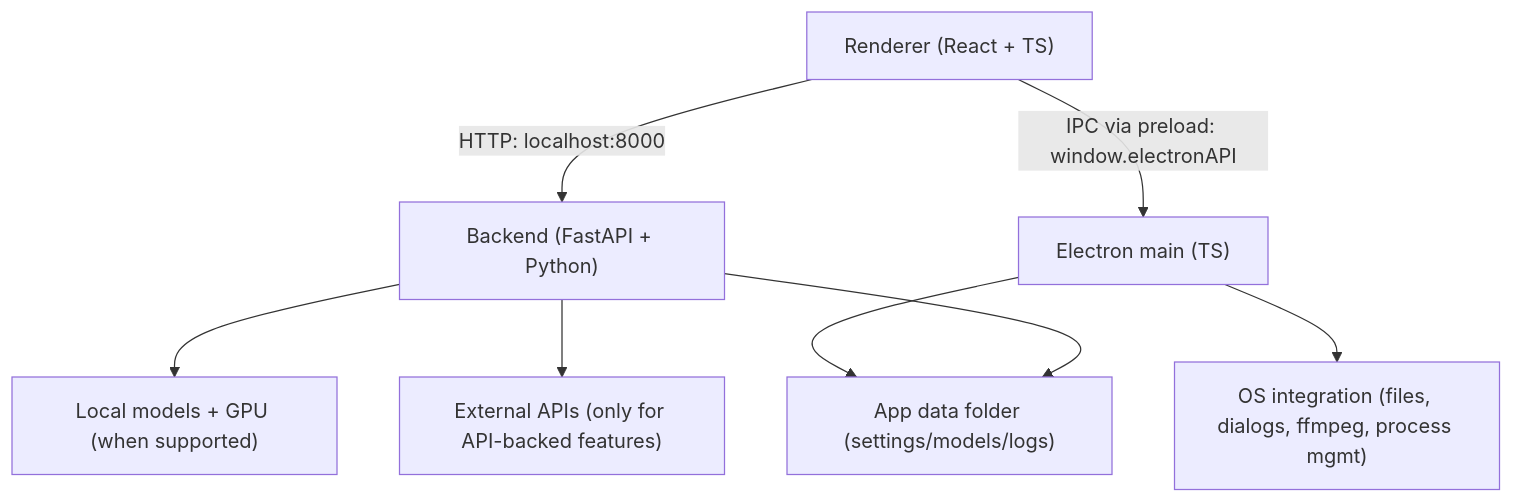
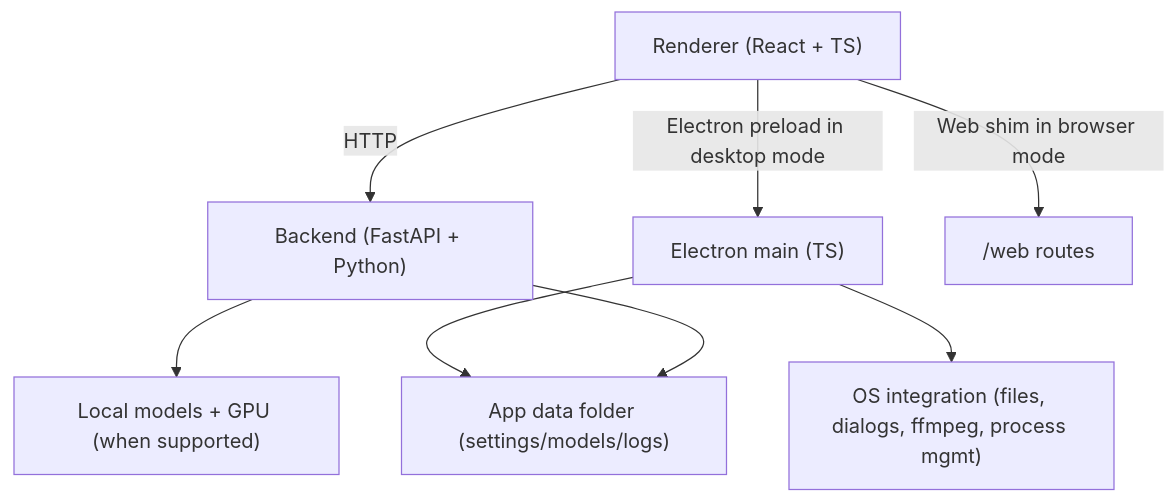
The diagram in README.md (MandarGogate/LTX-Desktop-Linux), drawn with Mermaid before and after one commit. The commit also changed other lines of this file and 35 other files, not shown here.

````diff
--- a/README.md
+++ b/README.md
@@ -127,10 +229,10 @@
 ```mermaid
 graph TD
-  UI["Renderer (React + TS)"] -->|HTTP: localhost:8000| BE["Backend (FastAPI + Python)"]
-  UI -->|IPC via preload: window.electronAPI| EL["Electron main (TS)"]
+  UI["Renderer (React + TS)"] -->|HTTP| BE["Backend (FastAPI + Python)"]
+  UI -->|Electron preload in desktop mode| EL["Electron main (TS)"]
+  UI -->|Web shim in browser mode| WEB["/web routes"]
   EL --> OS["OS integration (files, dialogs, ffmpeg, process mgmt)"]
   BE --> GPU["Local models + GPU (when supported)"]
-  BE --> EXT["External APIs (only for API-backed features)"]
   EL --> DATA["App data folder (settings/models/logs)"]
   BE --> DATA
 ```
````
